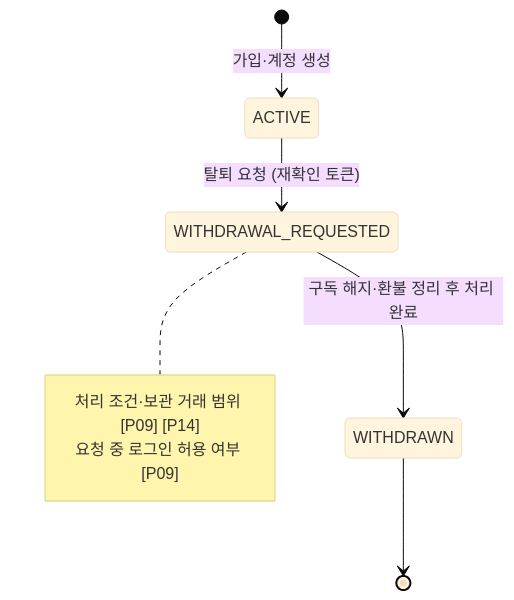
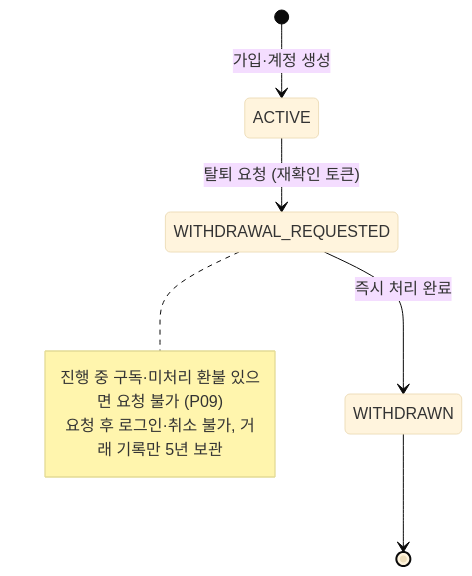
The first of 17 diagrams in docs/design/state-diagram.md (SKNETWORKS-FAMILY-AICAMP/SKN34-FINAL-3TEAM), drawn with Mermaid (base theme) before and after one commit. The commit also changed other lines of this file and 7 other files, not shown here.

````diff
--- a/docs/design/state-diagram.md
+++ b/docs/design/state-diagram.md
@@ -27,11 +27,11 @@
 ```mermaid
 stateDiagram-v2
   [*] --> ACTIVE: 가입·계정 생성
   ACTIVE --> WITHDRAWAL_REQUESTED: 탈퇴 요청 (재확인 토큰)
-  WITHDRAWAL_REQUESTED --> WITHDRAWN: 구독 해지·환불 정리 후 처리 완료
+  WITHDRAWAL_REQUESTED --> WITHDRAWN: 즉시 처리 완료
   WITHDRAWN --> [*]
   note right of WITHDRAWAL_REQUESTED
-    처리 조건·보관 거래 범위 [P09] [P14]
-    요청 중 로그인 허용 여부 [P09]
+    진행 중 구독·미처리 환불 있으면 요청 불가 (P09)
+    요청 후 로그인·취소 불가, 거래 기록만 5년 보관
   end note
 ```
````
